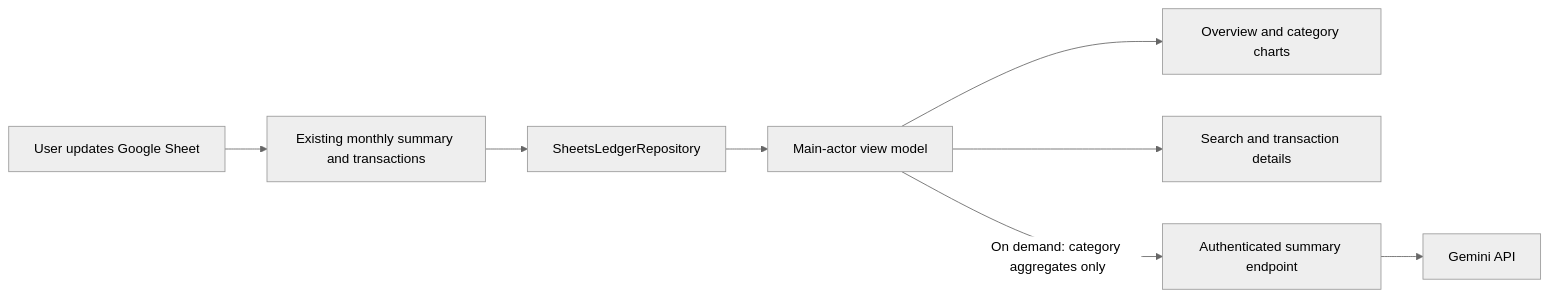
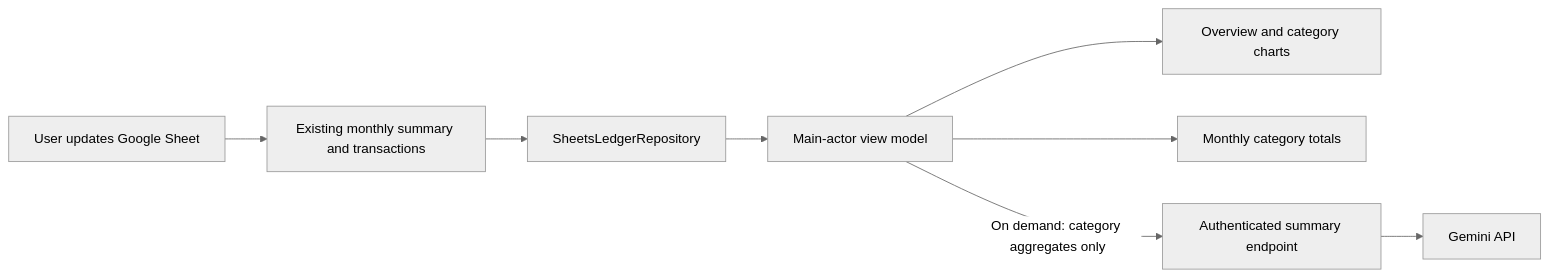
Before and after one commit to ash010413/splitwise-ledger: the first of 2 diagrams in docs/architecture.md, drawn with Mermaid (neutral theme). The commit also changed other lines of this file and 13 other files, not shown here.

````diff
--- a/docs/architecture.md
+++ b/docs/architecture.md
@@ -10,10 +10,10 @@
 ```mermaid
 flowchart LR
     Manual[User updates Google Sheet] --> Sheet[Existing monthly summary and transactions]
     Sheet --> Repository[SheetsLedgerRepository]
     Repository --> Model[Main-actor view model]
     Model --> Dashboard[Overview and category charts]
-    Model --> Activity[Search and transaction details]
+    Model --> Settings[Monthly category totals]
     Model -->|On demand: category aggregates only| Backend[Authenticated summary endpoint]
     Backend --> Gemini[Gemini API]
 ```
````
